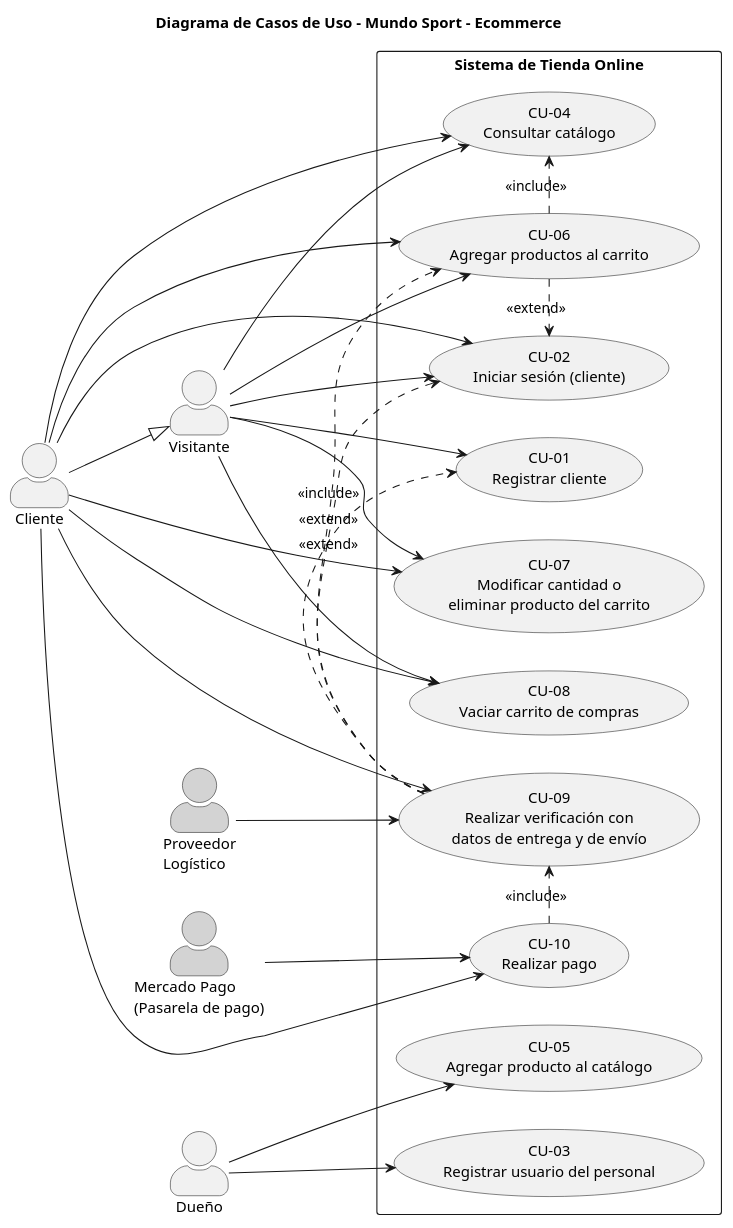
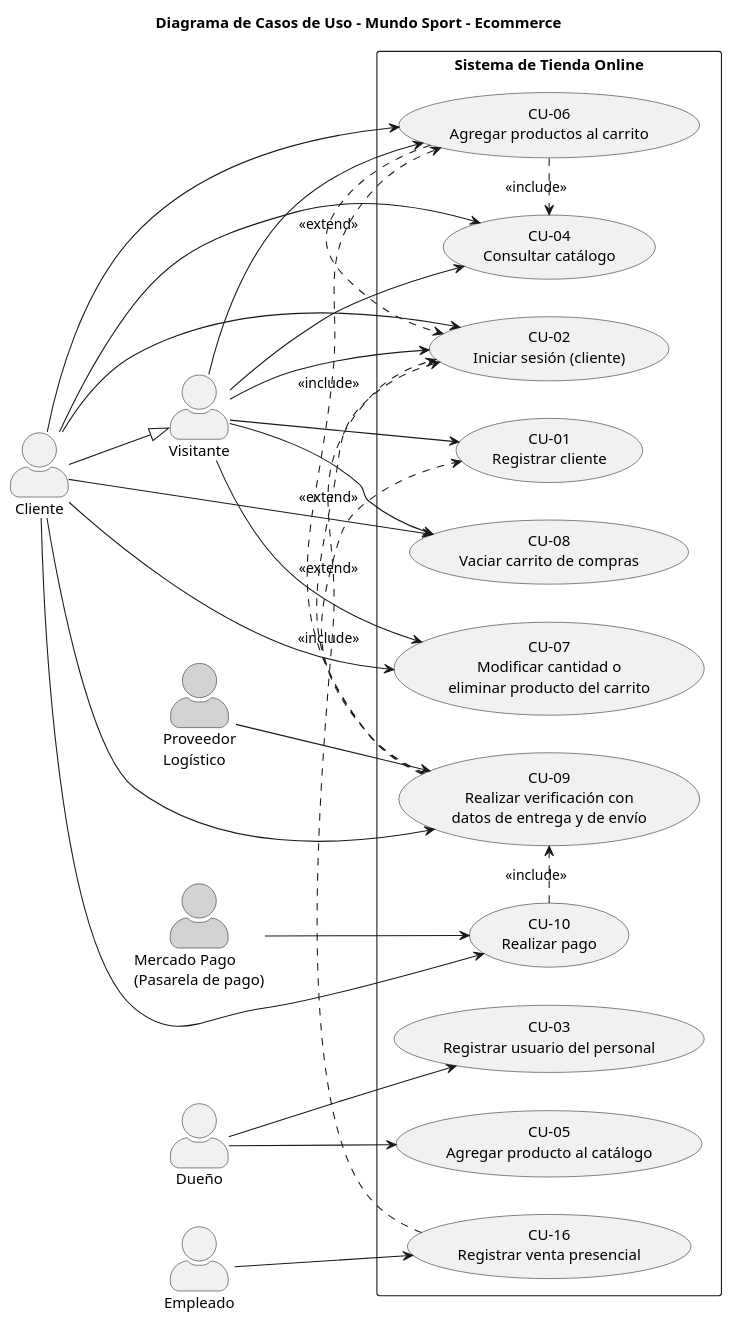
The diagram in diagramas/casos-de-uso.puml (Danieljaime21/eidas-grupo05-revision), drawn with PlantUML before and after one commit.

Commit message:
Se realizaron cambios en diagrama- casos de uso

```diff
--- a/diagramas/casos-de-uso.puml
+++ b/diagramas/casos-de-uso.puml
@@ -1,63 +1,69 @@
 @startuml
 title Diagrama de Casos de Uso - Mundo Sport - Ecommerce
 
 left to right direction
 skinparam packageStyle rectangle
 skinparam actorStyle awesome
 
 ' --- Actores ---
 actor "Visitante" as Visitante
 actor "Cliente" as Cliente
 actor "Dueño" as Dueno
+actor "Empleado" as Empleado
 actor "Proveedor\nLogístico" as Proveedor #LightGray
 actor "Mercado Pago\n(Pasarela de pago)" as MP #LightGray
 
 ' Herencia: Cliente es un Visitante autenticado
 Cliente --|> Visitante
 
 ' --- Sistema ---
 rectangle "Sistema de Tienda Online" {
   usecase "CU-01\nRegistrar cliente" as UC01
   usecase "CU-02\nIniciar sesión (cliente)" as UC02
   usecase "CU-03\nRegistrar usuario del personal" as UC03
   usecase "CU-04\nConsultar catálogo" as UC04
   usecase "CU-05\nAgregar producto al catálogo" as UC05
   usecase "CU-06\nAgregar productos al carrito" as UC06
   usecase "CU-07\nModificar cantidad o\neliminar producto del carrito" as UC07
   usecase "CU-08\nVaciar carrito de compras" as UC08
   usecase "CU-09\nRealizar verificación con\ndatos de entrega y de envío" as UC09
   usecase "CU-10\nRealizar pago" as UC10
+  usecase "CU-16\nRegistrar venta presencial" as UC16
 }
 
 ' --- Relaciones actor - caso de uso ---
 Visitante --> UC01
 Visitante --> UC02
 Visitante --> UC04
 Visitante --> UC06
 Visitante --> UC07
 Visitante --> UC08
 
 Cliente --> UC02
 Cliente --> UC04
 Cliente --> UC06
 Cliente --> UC07
 Cliente --> UC08
 Cliente --> UC09
 Cliente --> UC10
 
 Dueno --> UC03
 Dueno --> UC05
 
+Empleado --> UC16
+
 Proveedor --> UC09
 MP --> UC10
 
 ' --- Relaciones entre casos de uso ---
 UC06 .> UC04 : <<include>>
 UC09 .> UC06 : <<include>>
 UC10 .> UC09 : <<include>>
 
 UC09 .> UC02 : <<extend>>
 UC09 .> UC01 : <<extend>>
 UC06 .> UC02 : <<extend>>
 
+UC16 .> UC02 : <<include>>
+
 @enduml
```
